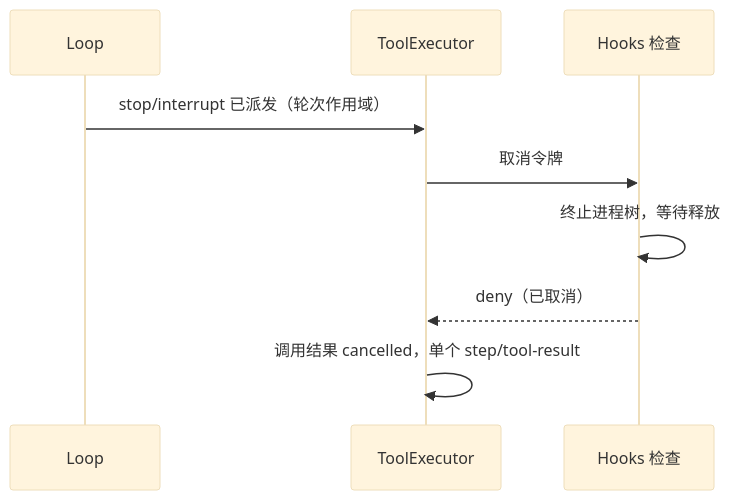
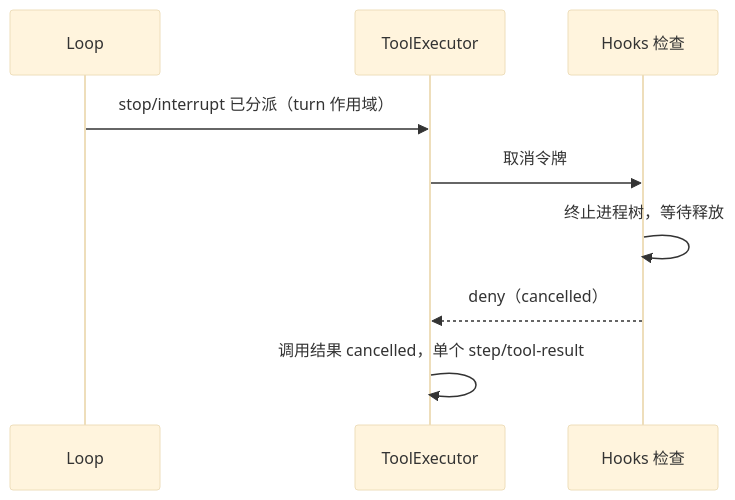
The seventh of 7 diagrams in docs/zh/design/plugins/Hooks.md (CoutinhoTTS/dim-agent), drawn with Mermaid (base theme) before and after one commit. The commit also changed other lines of this file and 18 other files, not shown here.

````diff
--- a/docs/zh/design/plugins/Hooks.md
+++ b/docs/zh/design/plugins/Hooks.md
@@ -129,11 +162,11 @@
 ```mermaid
 sequenceDiagram
   participant L as Loop
   participant TE as ToolExecutor
   participant HB as Hooks 检查
-  L->>TE: stop/interrupt 已派发（轮次作用域）
+  L->>TE: stop/interrupt 已分派（turn 作用域）
   TE->>HB: 取消令牌
   HB->>HB: 终止进程树，等待释放
-  HB-->>TE: deny（已取消）
+  HB-->>TE: deny（cancelled）
   TE->>TE: 调用结果 cancelled，单个 step/tool-result
 ```
````
